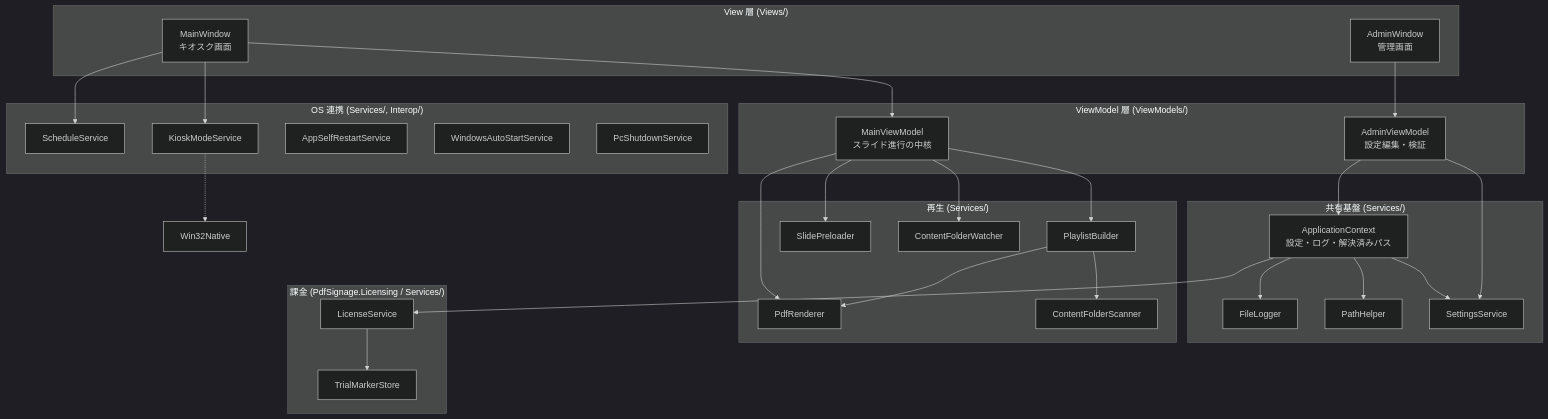
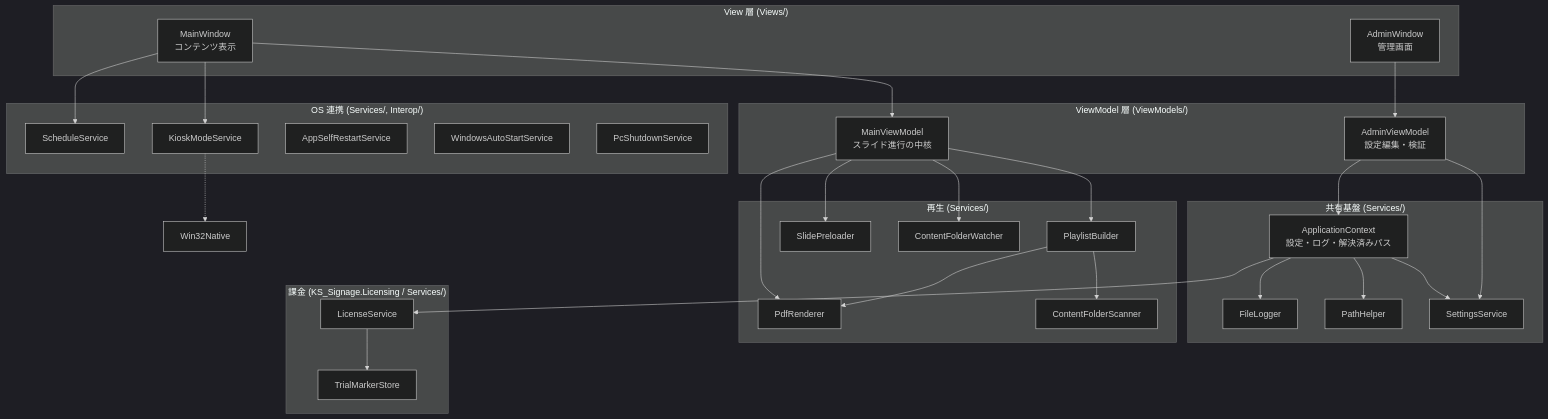
Before and after one commit to kamanori3/SimpleDigitalSignage: the first of 4 diagrams in docs/設計書.md, drawn with Mermaid (dark theme). The commit also changed other lines of this file and 187 other files, not shown here.

````diff
--- a/docs/設計書.md
+++ b/docs/設計書.md
@@ -29,52 +29,52 @@
 ```mermaid
 flowchart TB
   subgraph View["View 層 (Views/)"]
-    MW[MainWindow<br/>キオスク画面]
+    MW[MainWindow<br/>コンテンツ表示]
     AW[AdminWindow<br/>管理画面]
   end
 
   subgraph VM["ViewModel 層 (ViewModels/)"]
     MVM[MainViewModel<br/>スライド進行の中核]
     AVM[AdminViewModel<br/>設定編集・検証]
   end
 
   subgraph Core["共有基盤 (Services/)"]
     AC[ApplicationContext<br/>設定・ログ・解決済みパス]
     SS[SettingsService]
     PH[PathHelper]
     FL[FileLogger]
   end
 
   subgraph Play["再生 (Services/)"]
     PB[PlaylistBuilder]
     CS[ContentFolderScanner]
     CW[ContentFolderWatcher]
     PR[PdfRenderer]
     SP[SlidePreloader]
   end
 
   subgraph Ops["OS 連携 (Services/, Interop/)"]
     KM[KioskModeService]
     SCH[ScheduleService]
     ASR[AppSelfRestartService]
     WAS[WindowsAutoStartService]
     PSS[PcShutdownService]
   end
 
-  subgraph License["課金 (PdfSignage.Licensing / Services/)"]
+  subgraph License["課金 (KS_Signage.Licensing / Services/)"]
     LS[LicenseService]
     TM[TrialMarkerStore]
   end
 
   MW --> MVM
   MW --> KM
   MW --> SCH
   AW --> AVM
   MVM --> PB & CW & SP & PR
   PB --> CS & PR
   AVM --> SS & AC
   AC --> SS & PH & FL
   AC --> LS
   LS --> TM
   KM -.-> Interop[Win32Native]
 ```
````
